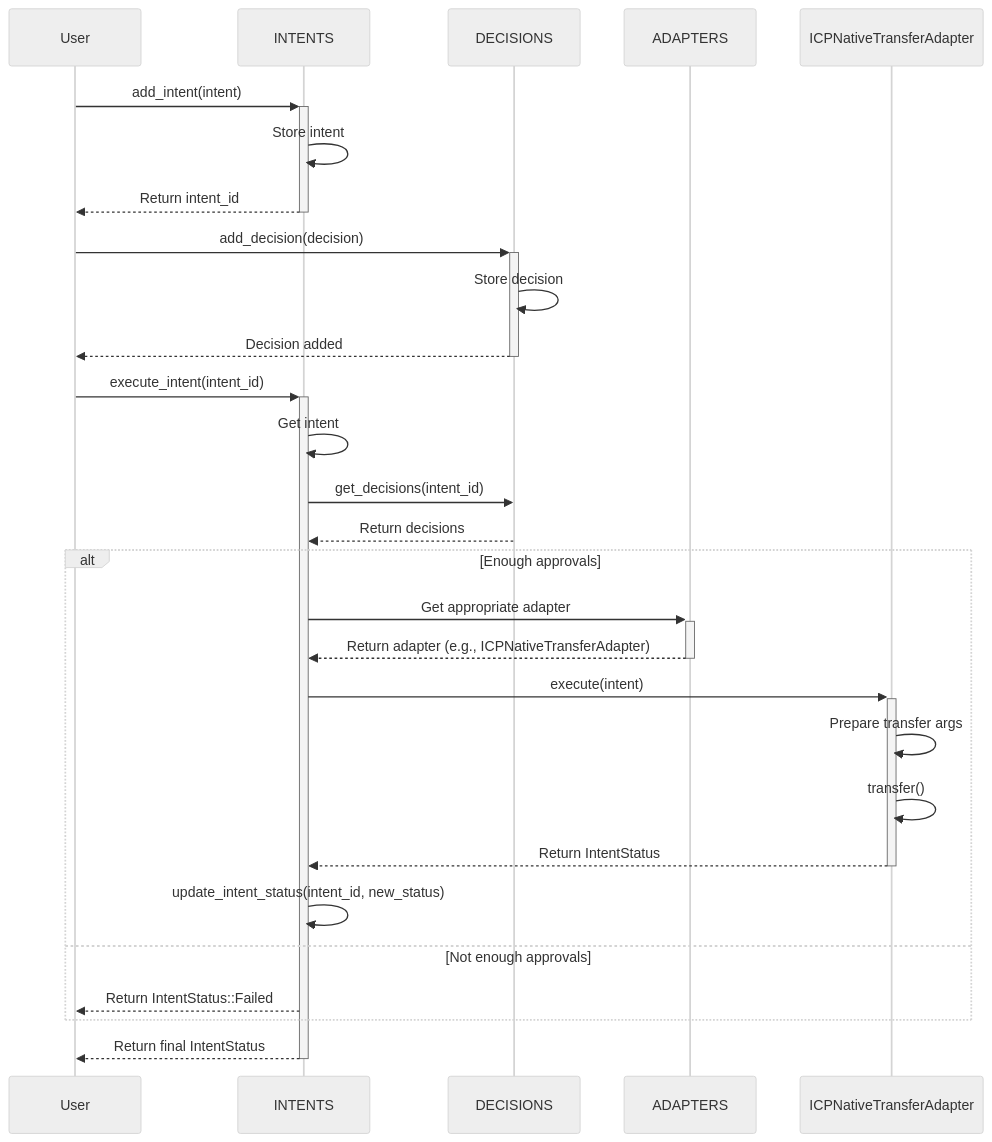
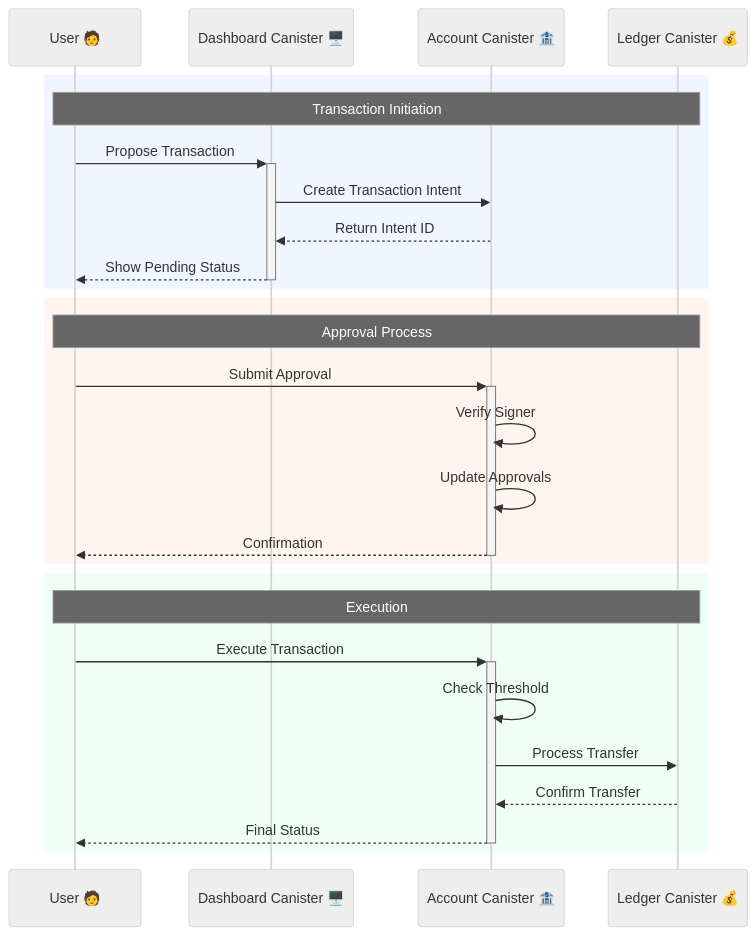
Before and after one commit to keygate-io/multisignature: the diagram in README.md, drawn with Mermaid (neutral theme). The commit also changed other lines of this file, not shown here.

````diff
--- a/README.md
+++ b/README.md
@@ -33,35 +46,32 @@
 ```mermaid
 sequenceDiagram
-    participant User
-    participant INTENTS
-    participant DECISIONS
-    participant ADAPTERS
-    participant ICPNativeTransferAdapter
-
-    User->>+INTENTS: add_intent(intent)
-    INTENTS->>INTENTS: Store intent
-    INTENTS-->>-User: Return intent_id
-
-    User->>+DECISIONS: add_decision(decision)
-    DECISIONS->>DECISIONS: Store decision
-    DECISIONS-->>-User: Decision added
-
-    User->>+INTENTS: execute_intent(intent_id)
-    INTENTS->>INTENTS: Get intent
-    INTENTS->>DECISIONS: get_decisions(intent_id)
-    DECISIONS-->>INTENTS: Return decisions
-
-    alt Enough approvals
-        INTENTS->>+ADAPTERS: Get appropriate adapter
-        ADAPTERS-->>-INTENTS: Return adapter (e.g., ICPNativeTransferAdapter)
-        INTENTS->>+ICPNativeTransferAdapter: execute(intent)
-        ICPNativeTransferAdapter->>ICPNativeTransferAdapter: Prepare transfer args
-        ICPNativeTransferAdapter->>ICPNativeTransferAdapter: transfer()
-        ICPNativeTransferAdapter-->>-INTENTS: Return IntentStatus
-        INTENTS->>INTENTS: update_intent_status(intent_id, new_status)
-    else Not enough approvals
-        INTENTS-->>User: Return IntentStatus::Failed
+    participant User as User 🧑
+    participant Dashboard as Dashboard Canister 🖥️
+    participant Account as Account Canister 🏦
+    participant Ledger as Ledger Canister 💰
+    
+    rect rgb(240, 245, 255)
+        Note over User,Ledger: Transaction Initiation
+        User->>+Dashboard: Propose Transaction
+        Dashboard->>Account: Create Transaction Intent
+        Account-->>Dashboard: Return Intent ID
+        Dashboard-->>-User: Show Pending Status
     end
-
-    INTENTS-->>-User: Return final IntentStatus
+    
+    rect rgb(255, 245, 240)
+        Note over User,Ledger: Approval Process
+        User->>+Account: Submit Approval
+        Account->>Account: Verify Signer
+        Account->>Account: Update Approvals
+        Account-->>-User: Confirmation
+    end
+    
+    rect rgb(240, 255, 245)
+        Note over User,Ledger: Execution
+        User->>+Account: Execute Transaction
+        Account->>Account: Check Threshold
+        Account->>Ledger: Process Transfer
+        Ledger-->>Account: Confirm Transfer
+        Account-->>-User: Final Status
+    end
 ```
````
